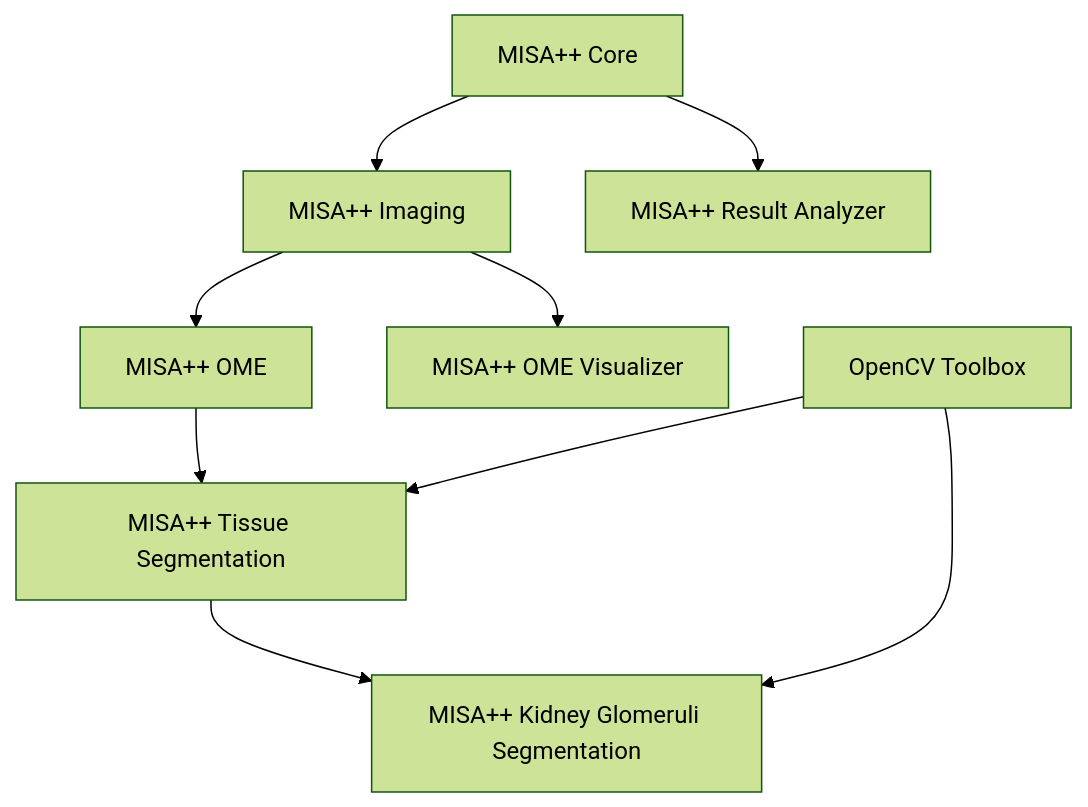
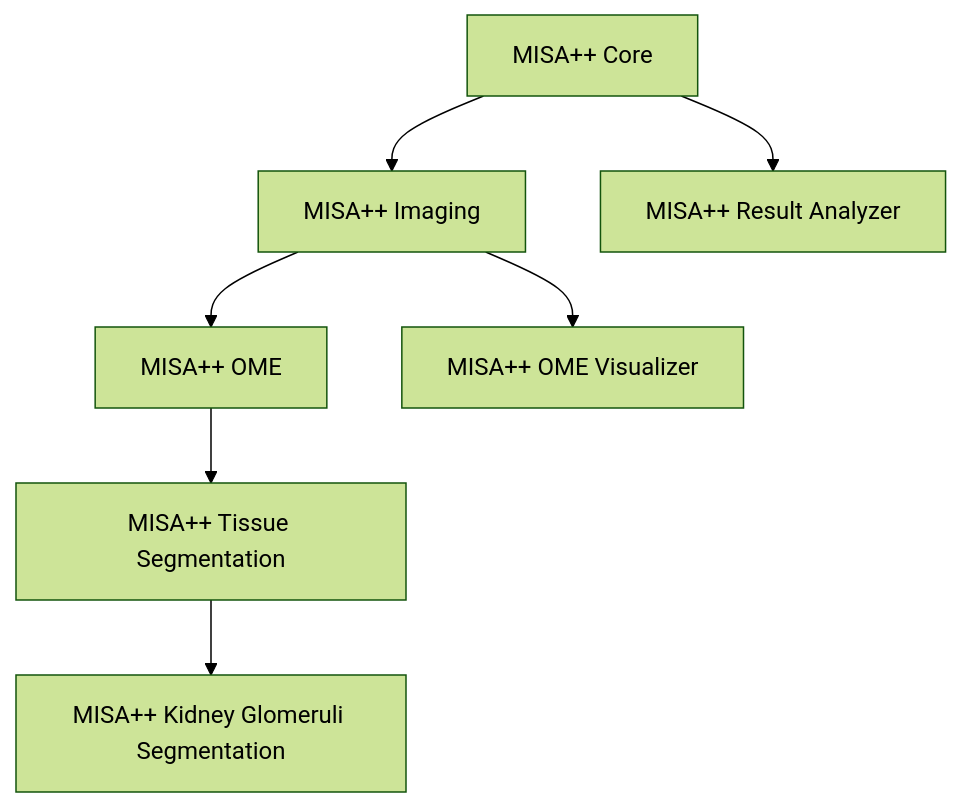
One commit to applied-systems-biology/misa-framework changed the diagram in content/cpp-framework/building/_index.md. Above: the diagram before and after it, drawn with Mermaid (forest theme). The commit also changed 3 other files, not shown here.

```diff
--- a/content/cpp-framework/building/_index.md
+++ b/content/cpp-framework/building/_index.md
@@ -30,11 +30,9 @@
 {{<mermaid align="center">}}
 graph TB;
 A[MISA++ Core] --> B[MISA++ Imaging]
 A --> C[MISA++ Result Analyzer]
 B --> D[MISA++ OME]
 D --> E["MISA++ Tissue Segmentation"]
 E --> F["MISA++ Kidney Glomeruli Segmentation"]
 B --> G["MISA++ OME Visualizer"]
-H["OpenCV Toolbox"] --> E
-H --> F
 {{< /mermaid >}}
```
